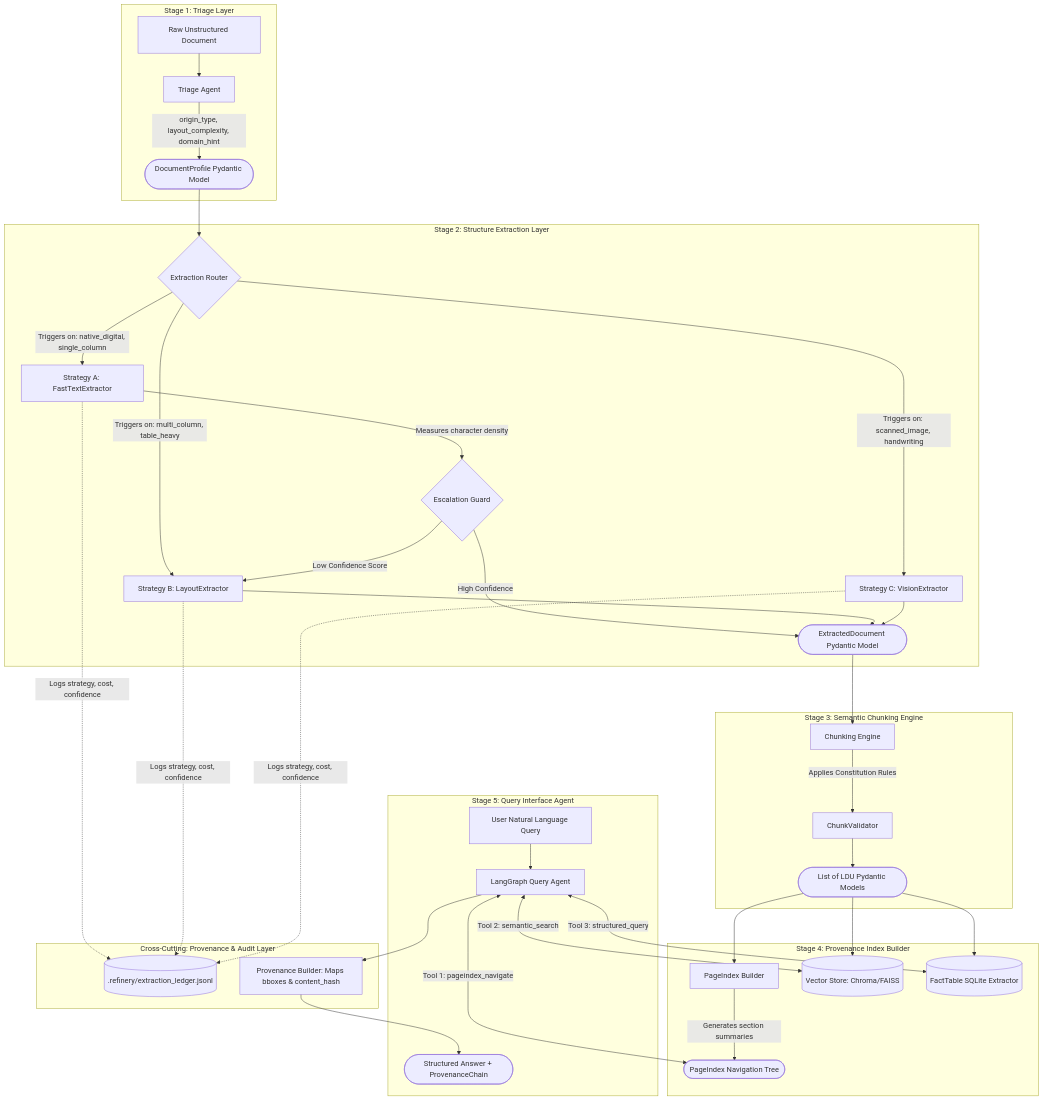
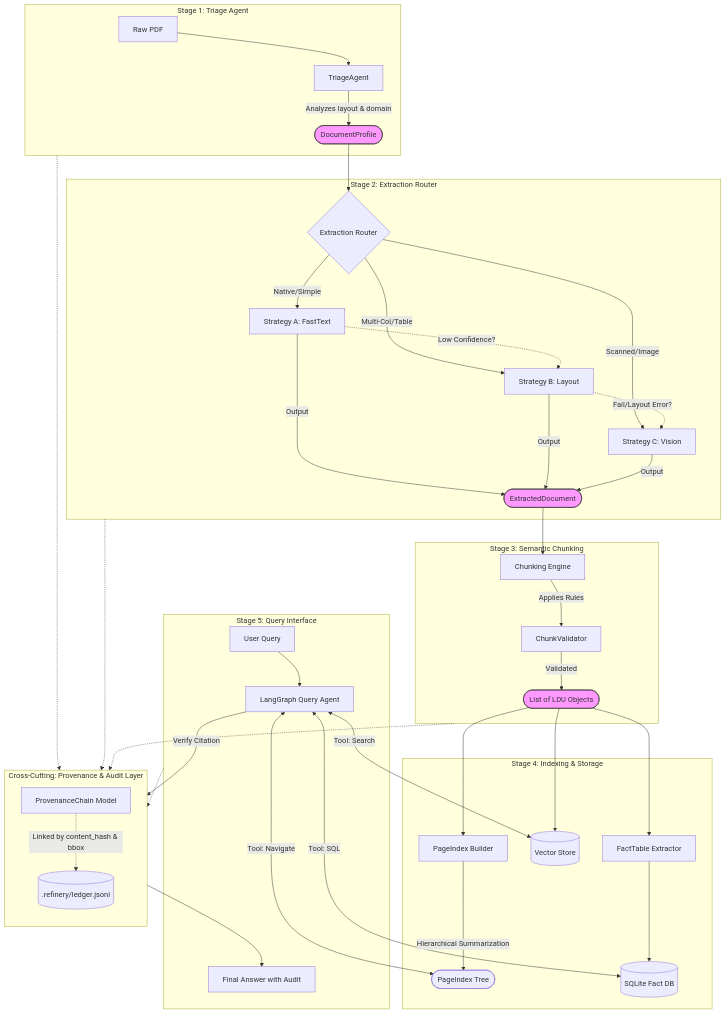
Before and after one commit to chacha1921/Document-Intelligence-Refinery: the diagram in REPORT.md, drawn with Mermaid. The commit also changed other lines of this file, not shown here.

Commit message:
docs: finalize REPORT.md with detailed data flow and cost derivation

````diff
--- a/REPORT.md
+++ b/REPORT.md
@@ -59,54 +35,67 @@
 ```mermaid
 graph TD
-    %% Cross-cutting Provenance & Audit Layer
-    subgraph Cross-Cutting: Provenance & Audit Layer
-        EL[(.refinery/extraction_ledger.jsonl)]
-        PC_Builder[Provenance Builder: Maps bboxes & content_hash]
+    %% --- Cross-Cutting Provenance Layer ---
+    subgraph Provenance_Layer [Cross-Cutting: Provenance & Audit Layer]
+        direction TB
+        PL_Store[(.refinery/ledger.jsonl)]
+        PL_Chain[ProvenanceChain Model]
+        PL_Chain -.->|Linked by content_hash & bbox| PL_Store
     end
 
-    subgraph Stage 1: Triage Layer
-        Ingest[Raw Unstructured Document] --> TA[Triage Agent]
-        TA -->|origin_type, layout_complexity, domain_hint| DP([DocumentProfile Pydantic Model])
+    %% --- Stage 1: Triage ---
+    subgraph Stage_1 [Stage 1: Triage Agent]
+        Input[Raw PDF] --> TA[TriageAgent]
+        TA -->|Analyzes layout & domain| DP([DocumentProfile])
+        style DP fill:#f9f,stroke:#333
     end
 
-    subgraph Stage 2: Structure Extraction Layer
+    %% --- Stage 2: Extraction (Router) ---
+    subgraph Stage_2 [Stage 2: Extraction Router]
         DP --> ER{Extraction Router}
-        ER -->|Triggers on: native_digital, single_column| SA[Strategy A: FastTextExtractor]
-        ER -->|Triggers on: multi_column, table_heavy| SB[Strategy B: LayoutExtractor]
-        ER -->|Triggers on: scanned_image, handwriting| SC[Strategy C: VisionExtractor]
+        ER -->|Native/Simple| SA[Strategy A: FastText]
+        ER -->|Multi-Col/Table| SB[Strategy B: Layout]
+        ER -->|Scanned/Image| SC[Strategy C: Vision]
         
-        SA -->|Measures character density| CG{Escalation Guard}
-        CG -->|Low Confidence Score| SB
-        CG -->|High Confidence| ED([ExtractedDocument Pydantic Model])
-        SB --> ED
-        SC --> ED
+        SA -->|Output| ED([ExtractedDocument])
+        SB -->|Output| ED
+        SC -->|Output| ED
+        style ED fill:#f9f,stroke:#333
         
-        %% Ledger Logging
-        SA -.->|Logs strategy, cost, confidence| EL
-        SB -.->|Logs strategy, cost, confidence| EL
-        SC -.->|Logs strategy, cost, confidence| EL
+        %% Escalation Logic (Non-Linearity)
+        SA -.->|Low Confidence?| SB
+        SB -.->|Fail/Layout Error?| SC
     end
 
-    subgraph Stage 3: Semantic Chunking Engine
+    %% --- Stage 3: Chunking ---
+    subgraph Stage_3 [Stage 3: Semantic Chunking]
         ED --> CE[Chunking Engine]
-        CE -->|Applies Constitution Rules| CV[ChunkValidator]
-        CV --> LDU([List of LDU Pydantic Models])
+        CE -->|Applies Rules| CV[ChunkValidator]
+        CV -->|Validated| LDUs([List of LDU Objects])
+        style LDUs fill:#f9f,stroke:#333
     end
 
-    subgraph Stage 4: Provenance Index Builder
-        LDU --> PIB[PageIndex Builder]
-        LDU --> VS[(Vector Store: Chroma/FAISS)]
-        LDU --> FT[(FactTable SQLite Extractor)]
-        PIB -->|Generates section summaries| PI([PageIndex Navigation Tree])
+    %% --- Stage 4: Indexing ---
+    subgraph Stage_4 [Stage 4: Indexing & Storage]
+        LDUs --> PIB[PageIndex Builder]
+        PIB -->|Hierarchical Summarization| PI([PageIndex Tree])
+        LDUs --> VS[(Vector Store)]
+        LDUs --> FE[FactTable Extractor]
+        FE --> SQL[(SQLite Fact DB)]
     end
 
-    subgraph Stage 5: Query Interface Agent
-        Query[User Natural Language Query] --> QIA[LangGraph Query Agent]
-        QIA <-->|Tool 1: pageindex_navigate| PI
-        QIA <-->|Tool 2: semantic_search| VS
-        QIA <-->|Tool 3: structured_query| FT
-        
-        QIA --> PC_Builder
-        PC_Builder --> Output([Structured Answer + ProvenanceChain])
+    %% --- Stage 5: Querying ---
+    subgraph Stage_5 [Stage 5: Query Interface]
+        User[User Query] --> QA[LangGraph Query Agent]
+        QA <-->|Tool: Navigate| PI
+        QA <-->|Tool: Search| VS
+        QA <-->|Tool: SQL| SQL
+        QA -->|Verify Citation| PL_Chain
+        PL_Chain --> Result[Final Answer with Audit]
     end
+
+    %% Associations with Provenance
+    Stage_1 -.-> PL_Chain
+    Stage_2 -.-> PL_Chain
+    Stage_3 -.-> PL_Chain
+    Stage_5 -.-> PL_Chain
 ```
````
